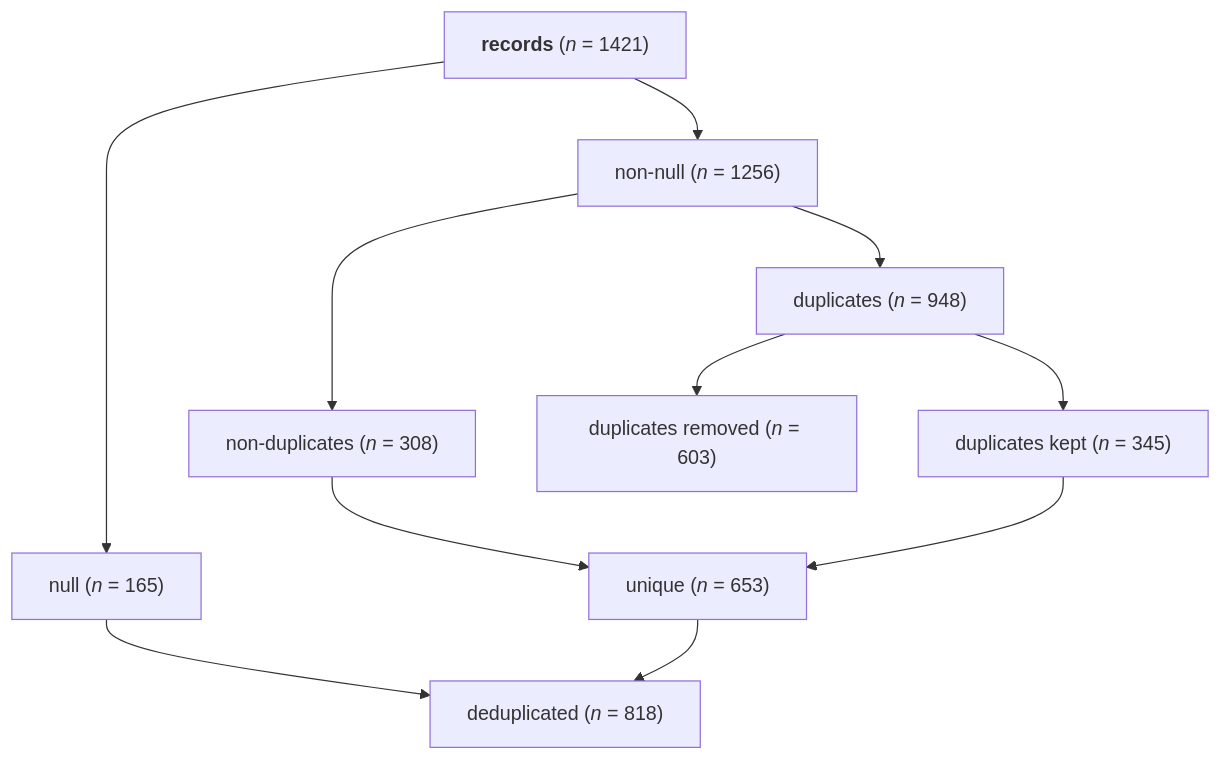
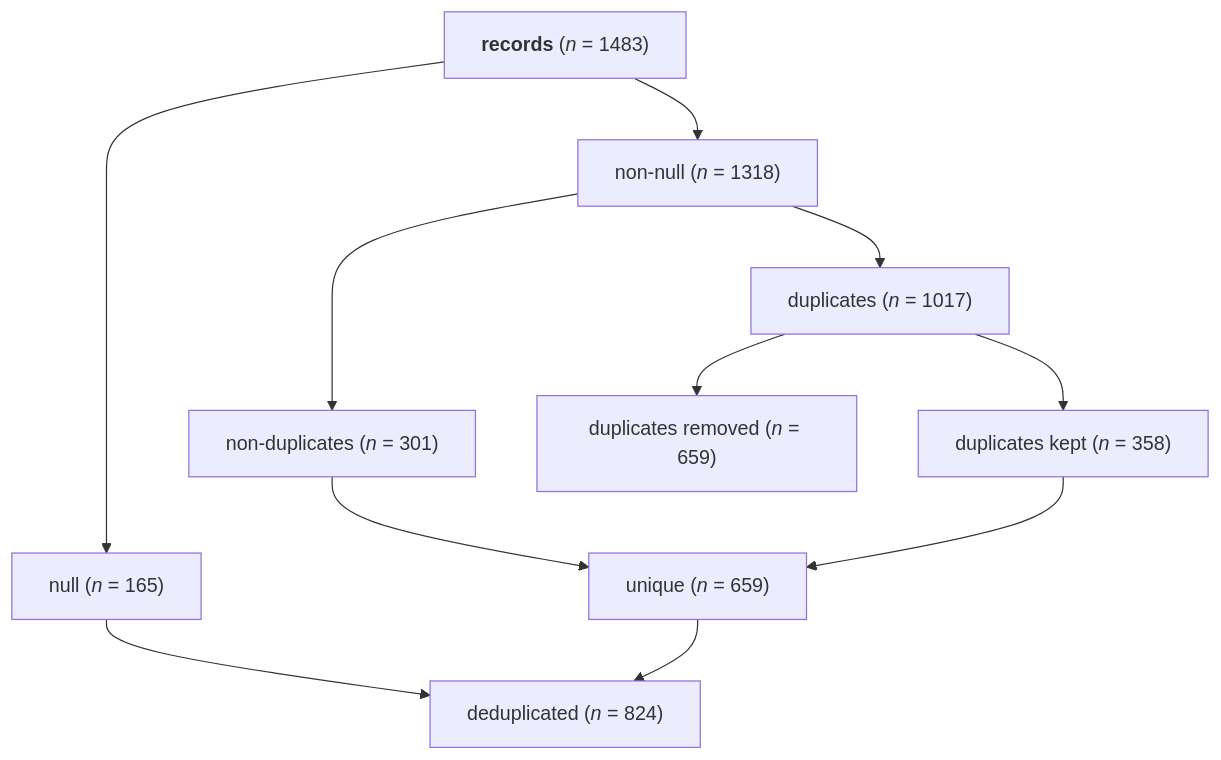
The diagram in systematic_review/deduplication/doi/doi_deduplicated.mmd (dong-wkim/network_meta-analysis), drawn with Mermaid before and after one commit. The commit also changed 608 other files, not shown here.

```diff
--- a/systematic_review/deduplication/doi/doi_deduplicated.mmd
+++ b/systematic_review/deduplication/doi/doi_deduplicated.mmd
@@ -1,21 +1,21 @@
 ---
 config:
 theme: neutral
 curve: stepBefore
 ---
 graph TD;
-A["`**records** (*n* = 1421)`"];
+A["`**records** (*n* = 1483)`"];
 B["`null (*n* = 165)`"];
-C["`non-null (*n* = 1256)`"];
-D["`non-duplicates (*n* = 308)`"];
-E["`duplicates (*n* = 948)`"];
-F["`duplicates kept (*n* = 345)`"];
-G["`duplicates removed (*n* = 603)`"];
-H["`unique (*n* = 653)`"];
-I["`deduplicated (*n* = 818)`"];
+C["`non-null (*n* = 1318)`"];
+D["`non-duplicates (*n* = 301)`"];
+E["`duplicates (*n* = 1017)`"];
+F["`duplicates kept (*n* = 358)`"];
+G["`duplicates removed (*n* = 659)`"];
+H["`unique (*n* = 659)`"];
+I["`deduplicated (*n* = 824)`"];
 
 A --> B & C;
 C --> D & E;
 E --> F & G;
 D & F --> H
 B & H --> I
```
